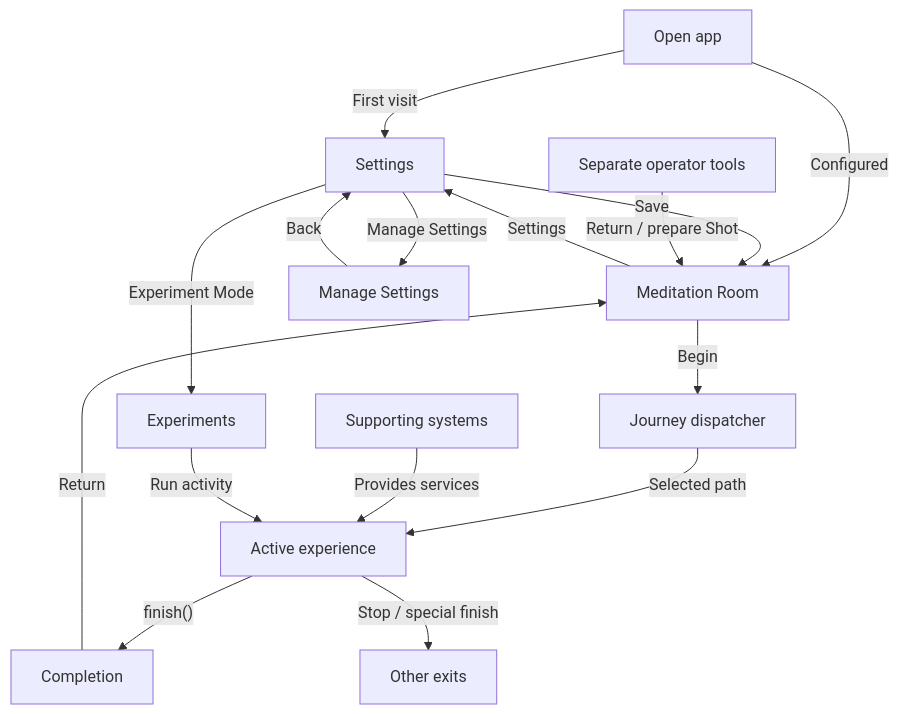
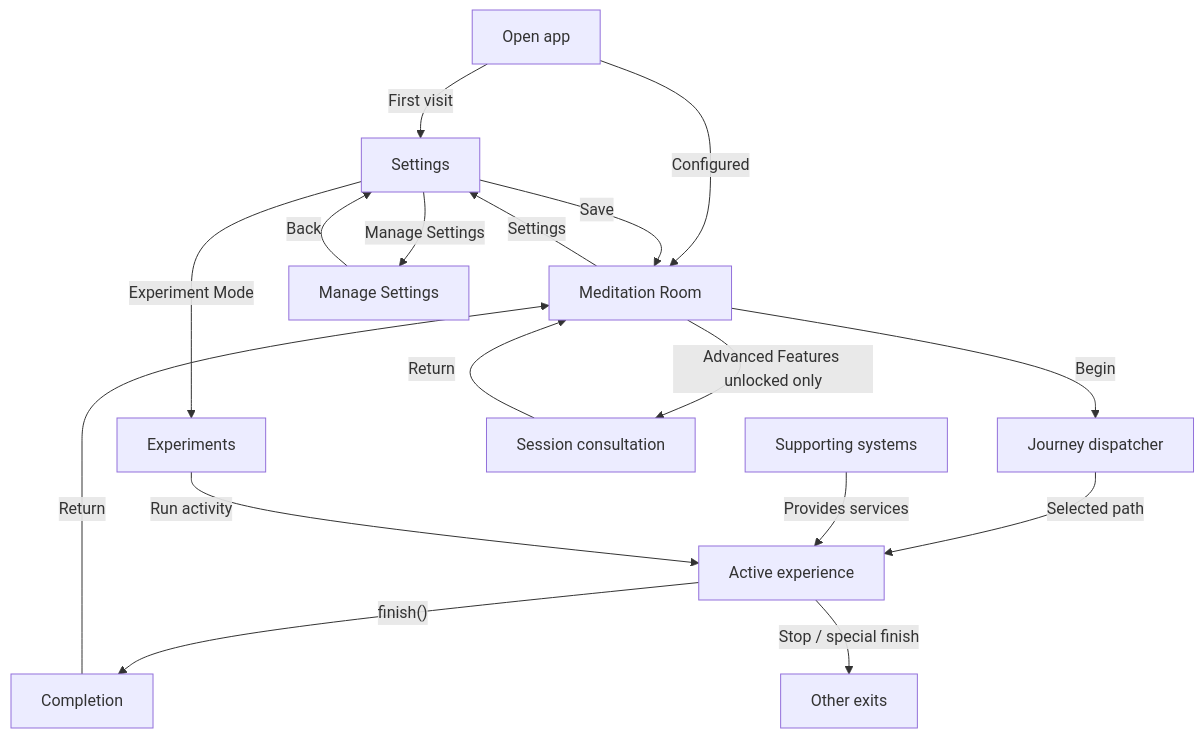
Before and after one commit to missionode/lite: the second of 43 diagrams in docs/app-map/FLOW-REFERENCE.md, drawn with Mermaid. The commit also changed other lines of this file and 60 other files, not shown here.

````diff
--- a/docs/app-map/FLOW-REFERENCE.md
+++ b/docs/app-map/FLOW-REFERENCE.md
@@ -105,29 +105,30 @@
 ```mermaid
 flowchart TD
   launch["Open app"]
   settings["Settings"]
   lobby["Meditation Room"]
   manage["Manage Settings"]
   experiments["Experiments"]
   journeys["Journey dispatcher"]
-  consult["Separate operator tools"]
+  consult["Session consultation"]
   runtime["Active experience"]
   support["Supporting systems"]
   complete["Completion"]
   other["Other exits"]
   launch -->|"First visit"| settings
   launch -->|"Configured"| lobby
   settings -->|"Save"| lobby
   lobby -->|"Settings"| settings
   settings -->|"Manage Settings"| manage
   manage -->|"Back"| settings
   settings -->|"Experiment Mode"| experiments
+  lobby -->|"Advanced Features unlocked only"| consult
+  consult -->|"Return"| lobby
   lobby -->|"Begin"| journeys
   journeys -->|"Selected path"| runtime
   support -->|"Provides services"| runtime
   runtime -->|"finish()"| complete
   runtime -->|"Stop / special finish"| other
   experiments -->|"Run activity"| runtime
   complete -->|"Return"| lobby
-  consult -->|"Return / prepare Shot"| lobby
 ```
````
